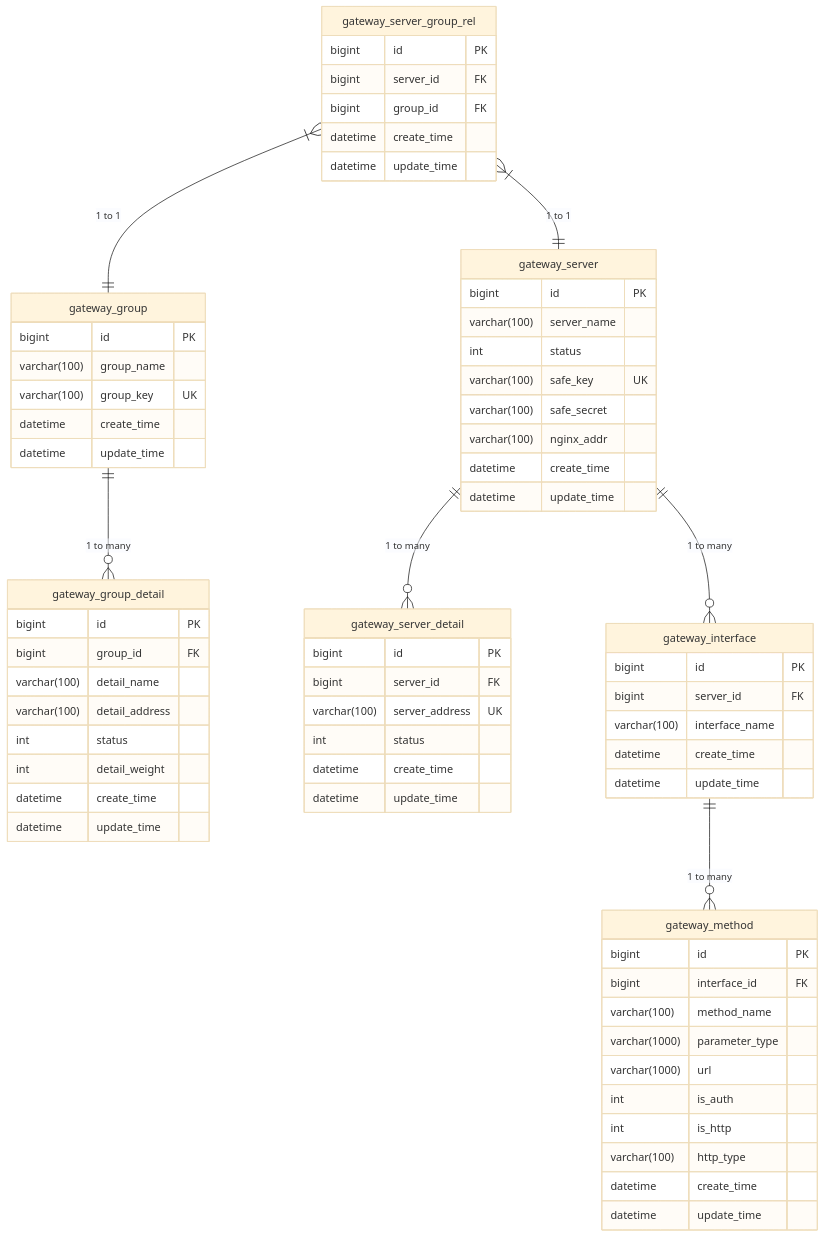
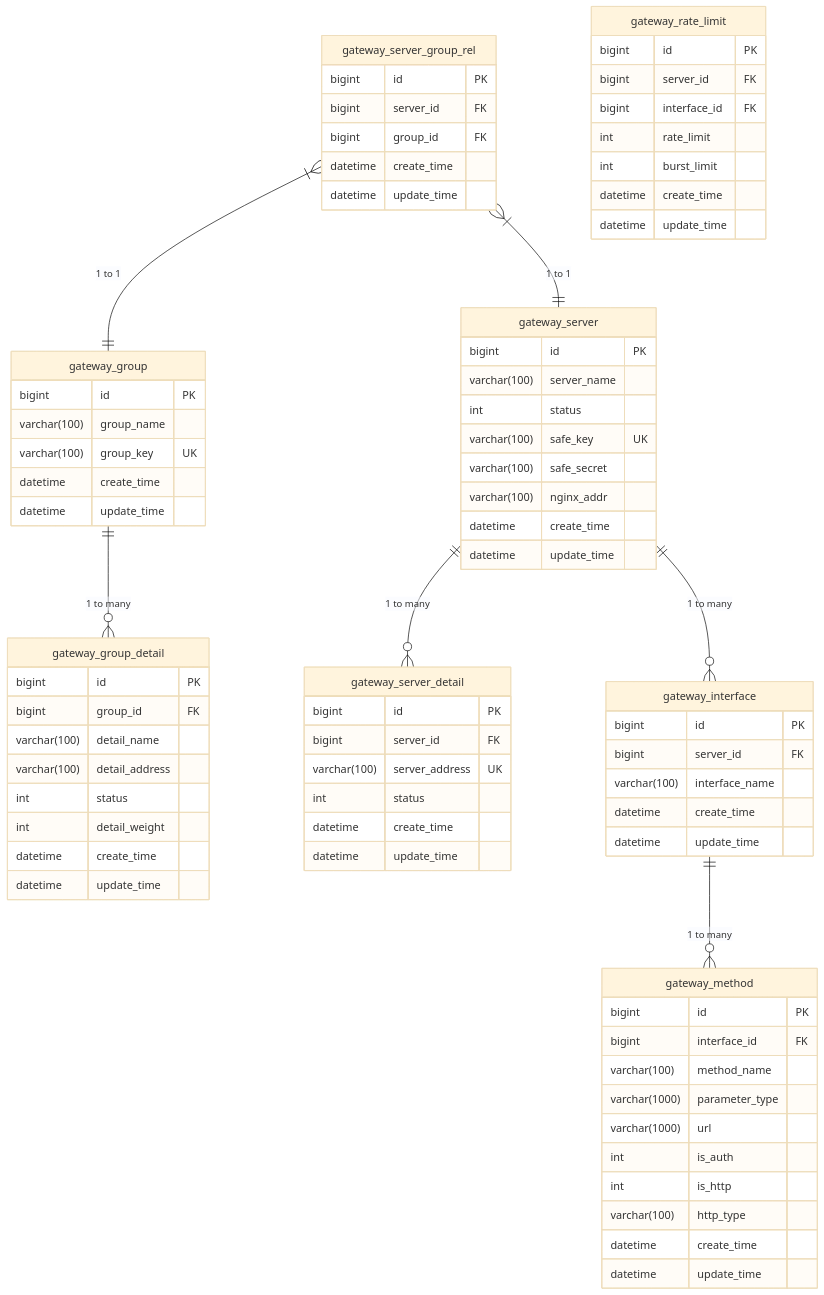
The diagram in docs/表结构设计/表关系图.md (1973034392/api-gateway-codelong), drawn with Mermaid (base theme) before and after one commit. The commit also changed 2 other files, not shown here.

Commit message:
文档修改

````diff
--- a/docs/表结构设计/表关系图.md
+++ b/docs/表结构设计/表关系图.md
@@ -74,4 +74,14 @@
         datetime create_time
         datetime update_time
     }
+
+    gateway_rate_limit {
+        bigint id PK
+        bigint server_id FK
+        bigint interface_id FK
+        int rate_limit
+        int burst_limit
+        datetime create_time
+        datetime update_time
+    }
 ```
````
